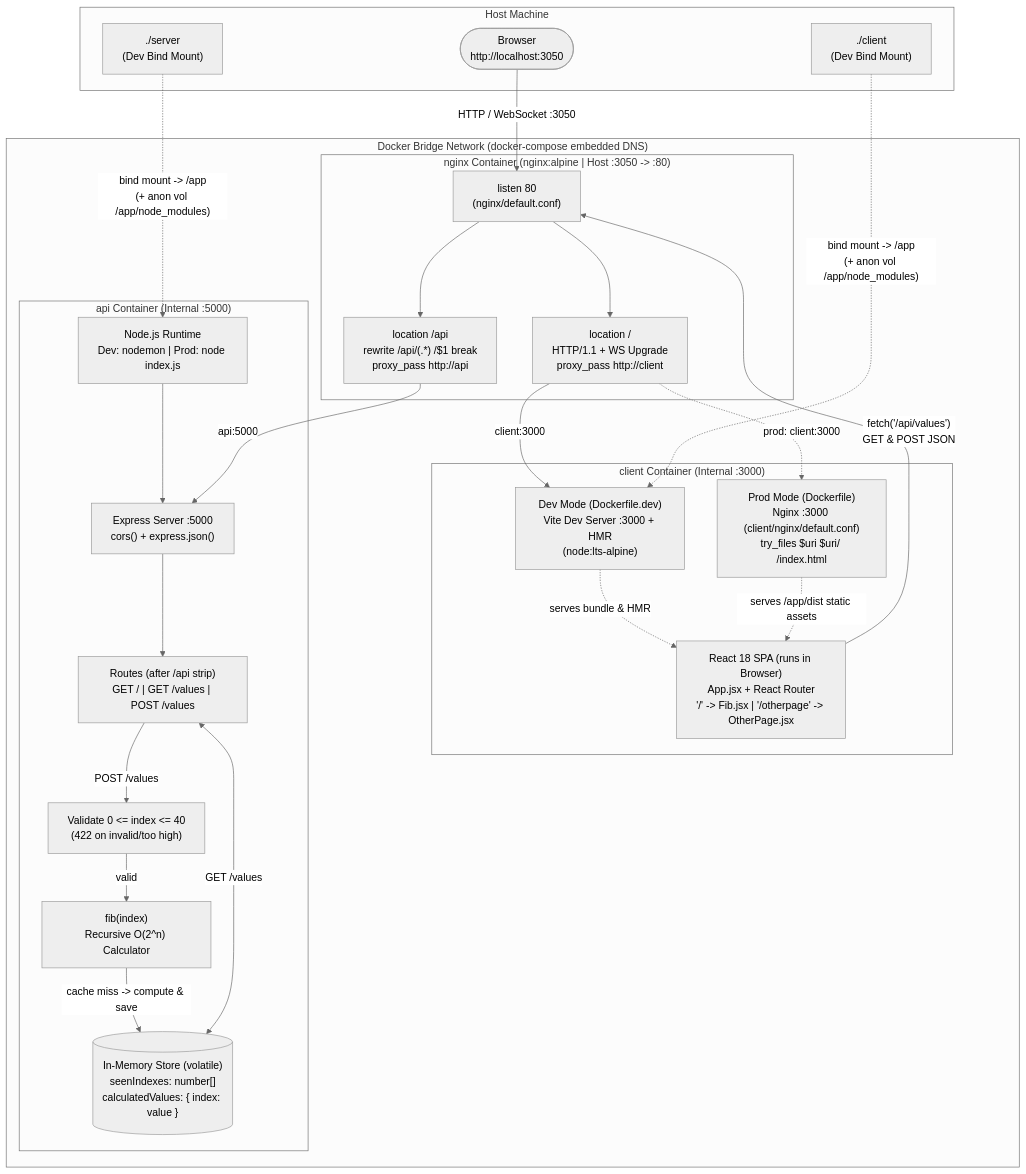
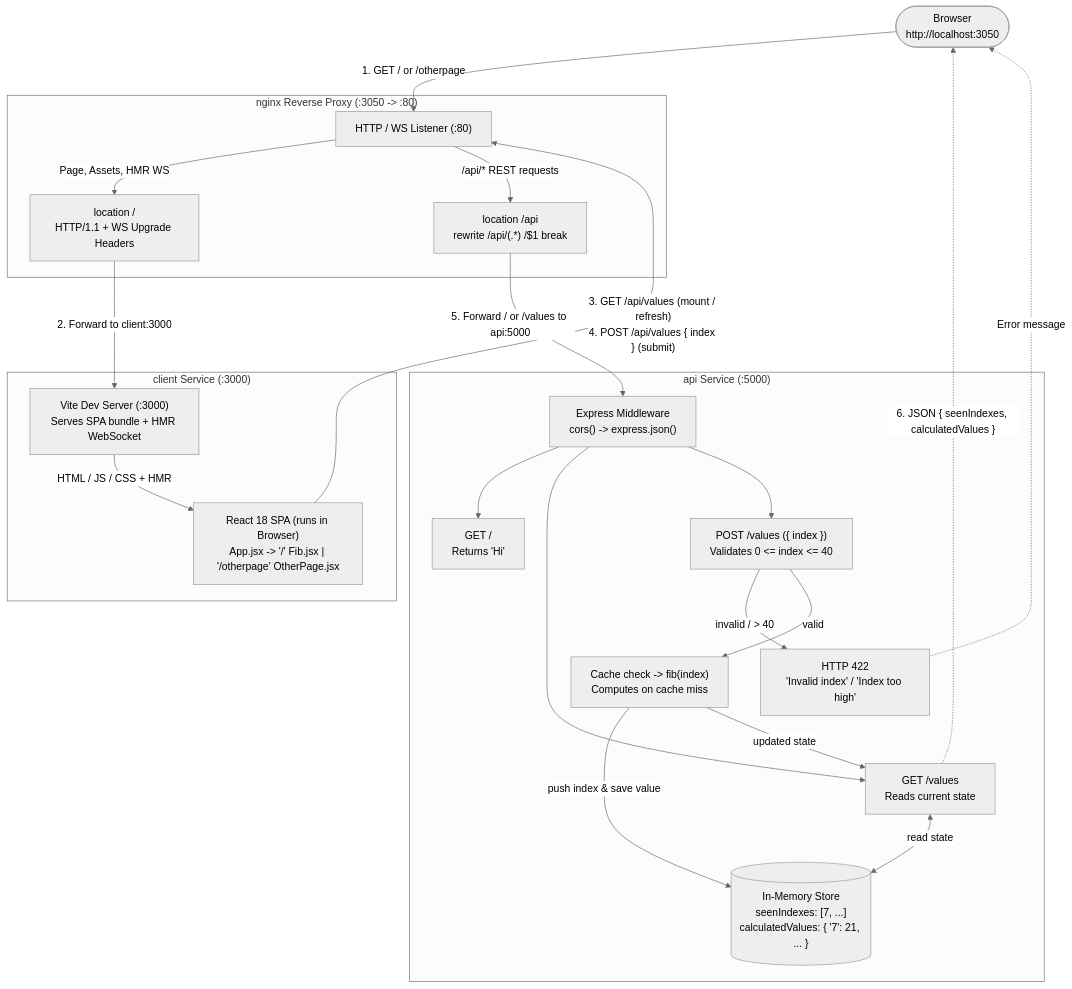
Before and after one commit to pankajspace/docker-k8s: the second of 5 diagrams in client-server-nginx-local/README.md, drawn with Mermaid (neutral theme). The commit also changed other lines of this file, not shown here.

Commit message:
Refine README architecture diagrams and service descriptions for clarity and improved understanding of the client-server-Nginx setup

````diff
--- a/client-server-nginx-local/README.md
+++ b/client-server-nginx-local/README.md
@@ -32,50 +32,44 @@
 ```mermaid
 flowchart TB
-    subgraph Host["Host Machine"]
-        Browser(["Browser\nhttp://localhost:3050"])
-        HostClientSrc["./client\n(Dev Bind Mount)"]
-        HostServerSrc["./server\n(Dev Bind Mount)"]
+    Browser(["Browser\nhttp://localhost:3050"])
+
+    subgraph NginxSvc["nginx Reverse Proxy (:3050 -> :80)"]
+        NginxEntry["HTTP / WS Listener (:80)"]
+        LocRoot["location /\nHTTP/1.1 + WS Upgrade Headers"]
+        LocApi["location /api\nrewrite /api/(.*) /$1 break"]
+        NginxEntry -->|"Page, Assets, HMR WS"| LocRoot
+        NginxEntry -->|"/api/* REST requests"| LocApi
     end
 
-    subgraph DockerNet["Docker Bridge Network (docker-compose embedded DNS)"]
-        subgraph NginxSvc["nginx Container (nginx:alpine | Host :3050 -> :80)"]
-            NginxListen["listen 80\n(nginx/default.conf)"]
-            LocRoot["location /\nHTTP/1.1 + WS Upgrade\nproxy_pass http://client"]
-            LocApi["location /api\nrewrite /api/(.*) /$1 break\nproxy_pass http://api"]
-            NginxListen --> LocRoot
-            NginxListen --> LocApi
-        end
-
-        subgraph ClientSvc["client Container (Internal :3000)"]
-            ClientDev["Dev Mode (Dockerfile.dev)\nVite Dev Server :3000 + HMR\n(node:lts-alpine)"]
-            ClientProd["Prod Mode (Dockerfile)\nNginx :3000 (client/nginx/default.conf)\ntry_files $uri $uri/ /index.html"]
-            ReactSPA["React 18 SPA (runs in Browser)\nApp.jsx + React Router\n'/' -> Fib.jsx | '/otherpage' -> OtherPage.jsx"]
-            ClientDev -.->|"serves bundle & HMR"| ReactSPA
-            ClientProd -.->|"serves /app/dist static assets"| ReactSPA
-        end
-
-        subgraph ApiSvc["api Container (Internal :5000)"]
-            ApiRuntime["Node.js Runtime\nDev: nodemon | Prod: node index.js"]
-            ExpressApp["Express Server :5000\ncors() + express.json()"]
-            Routes["Routes (after /api strip)\nGET / | GET /values | POST /values"]
-            Validate["Validate 0 <= index <= 40\n(422 on invalid/too high)"]
-            FibCalc["fib(index)\nRecursive O(2^n) Calculator"]
-            MemStore[("In-Memory Store (volatile)\nseenIndexes: number[]\ncalculatedValues: { index: value }")]
-
-            ApiRuntime --> ExpressApp --> Routes
-            Routes -->|"POST /values"| Validate
-            Validate -->|"valid"| FibCalc
-            FibCalc -->|"cache miss -> compute & save"| MemStore
-            Routes <-->|"GET /values"| MemStore
-        end
+    subgraph ClientSvc["client Service (:3000)"]
+        ClientServer["Vite Dev Server (:3000)\nServes SPA bundle + HMR WebSocket"]
+        ReactSPA["React 18 SPA (runs in Browser)\nApp.jsx -> '/' Fib.jsx | '/otherpage' OtherPage.jsx"]
+        ClientServer -->|"HTML / JS / CSS + HMR"| ReactSPA
     end
 
-    Browser -->|"HTTP / WebSocket :3050"| NginxListen
-    LocRoot -->|"client:3000"| ClientDev
-    LocRoot -.->|"prod: client:3000"| ClientProd
-    LocApi -->|"api:5000"| ExpressApp
-    ReactSPA -->|"fetch('/api/values')\nGET & POST JSON"| NginxListen
+    subgraph ApiSvc["api Service (:5000)"]
+        Middleware["Express Middleware\ncors() -> express.json()"]
+        GetRoot["GET /\nReturns 'Hi'"]
+        GetValues["GET /values\nReads current state"]
+        PostValues["POST /values ({ index })\nValidates 0 <= index <= 40"]
+        Err422["HTTP 422\n'Invalid index' / 'Index too high'"]
+        FibCalc["Cache check -> fib(index)\nComputes on cache miss"]
+        MemStore[("In-Memory Store\nseenIndexes: [7, ...]\ncalculatedValues: { '7': 21, ... }")]
 
-    HostClientSrc -.->|"bind mount -> /app\n(+ anon vol /app/node_modules)"| ClientDev
-    HostServerSrc -.->|"bind mount -> /app\n(+ anon vol /app/node_modules)"| ApiRuntime
+        Middleware --> GetRoot
+        Middleware --> GetValues
+        Middleware --> PostValues
+        PostValues -->|"invalid / > 40"| Err422
+        PostValues -->|"valid"| FibCalc
+        FibCalc -->|"push index & save value"| MemStore
+        GetValues <-->|"read state"| MemStore
+        FibCalc -->|"updated state"| GetValues
+    end
+
+    Browser -->|"1. GET / or /otherpage"| NginxEntry
+    LocRoot -->|"2. Forward to client:3000"| ClientServer
+    ReactSPA -->|"3. GET /api/values (mount / refresh)\n4. POST /api/values { index } (submit)"| NginxEntry
+    LocApi -->|"5. Forward / or /values to api:5000"| Middleware
+    GetValues -.->|"6. JSON { seenIndexes, calculatedValues }"| Browser
+    Err422 -.->|"Error message"| Browser
 ```
````
